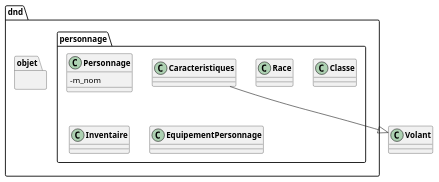
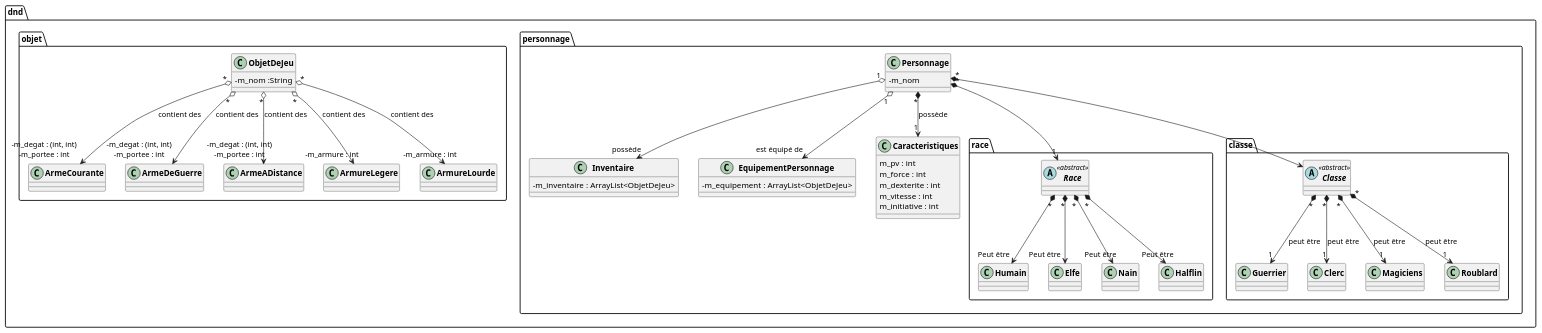
One commit to OlivierDumay/testdonjon changed the diagram in uml/DOOnjon-and-dragons.puml. Above: the diagram before and after it, drawn with PlantUML.

Commit message:
Premiere ébauche de diagramme UML

```diff
--- a/uml/DOOnjon-and-dragons.puml
+++ b/uml/DOOnjon-and-dragons.puml
@@ -1,57 +1,163 @@
 @startuml
 
 skinparam classAttributeIconSize 0
 skinparam classFontStyle Bold
 skinparam style strictuml hide empty members
 
 package dnd
 {
     package personnage
     {
         class Personnage
         {
             - m_nom
             ' Race : mettre une composition
             ' Classe : mettre une composition
             ' Inventaire d'équipements : mettre une composition
             ' Équipements : mettre une composition
         }
 
         ' Début classes personnages
 
-        class Race
-        {
 
-        }
 
-        class Classe
-        {
-
-        }
 
         class Inventaire
         {
-
+            -m_inventaire : ArrayList<ObjetDeJeu>
         }
 
         class EquipementPersonnage
         {
-
+            -m_equipement : ArrayList<ObjetDeJeu>
         }
 
         class Caracteristiques
         {
+            m_pv : int
+            m_force : int
+            m_dexterite : int
+            m_vitesse : int
+            m_initiative : int
+        }
 
+
+        Personnage "*" *--> "1" race.Race
+        Personnage "*" *--> classe.Classe
+        Personnage "*" *--> "1" Caracteristiques : possède
+        Personnage "1" o--> "est équipé de" EquipementPersonnage
+        Personnage "1" o--> "possède" Inventaire
+        package race
+        {
+             abstract class Race <<abstract>>
+                {
+
+                }
+
+            class Humain
+            {
+
+            }
+
+            class Elfe
+            {
+
+            }
+
+            class Nain
+            {
+
+            }
+
+            class Halflin
+            {
+
+            }
+
+            Race "*" *--> "Peut être" Humain
+            Race "*" *--> "Peut être" Elfe
+            Race "*" *--> "Peut être" Nain
+            Race "*" *--> "Peut être" Halflin
+        }
+
+        package classe
+        {
+
+            abstract class Classe <<abstract>>
+            {
+
+            }
+
+            class Guerrier
+                {
+
+                }
+
+                class Clerc
+                {
+
+                }
+
+                class Magiciens
+                {
+
+                }
+
+                class Roublard
+                {
+
+                }
+
+            Classe "*" *--> "1" Guerrier : peut être
+            Classe "*" *--> "1" Clerc : peut être
+            Classe "*" *--> "1" Magiciens : peut être
+            Classe "*" *--> "1" Roublard : peut être
         }
 
     }
 
     package objet
     {
-                   
+
+        class ObjetDeJeu
+        {
+        -m_nom :String
+        }
+
+        class ArmeCourante
+        {
+
+        }
+
+        class ArmeDeGuerre
+        {
+
+        }
+
+        class ArmeADistance
+        {
+
+        }
+        class ArmureLegere
+        {
+
+        }
+
+        class ArmureLourde
+        {
+
+        }
+
+
+    ObjetDeJeu "*" o--> "-m_degat : (int, int)\n-m_portee : int" ArmeCourante: contient des
+    ObjetDeJeu "*" o--> "-m_degat : (int, int)\n-m_portee : int" ArmeDeGuerre: contient des
+    ObjetDeJeu "*" o--> "-m_degat : (int, int)\n-m_portee : int" ArmeADistance: contient des
+    ObjetDeJeu "*" o--> "-m_armure : int" ArmureLegere: contient des
+    ObjetDeJeu "*" o--> "-m_armure : int" ArmureLourde: contient des
+
     }
 }
 
-Caracteristiques --|> Volant
+
 
 @enduml
```
